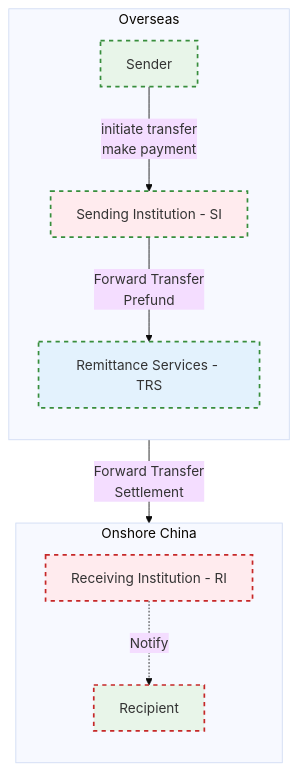
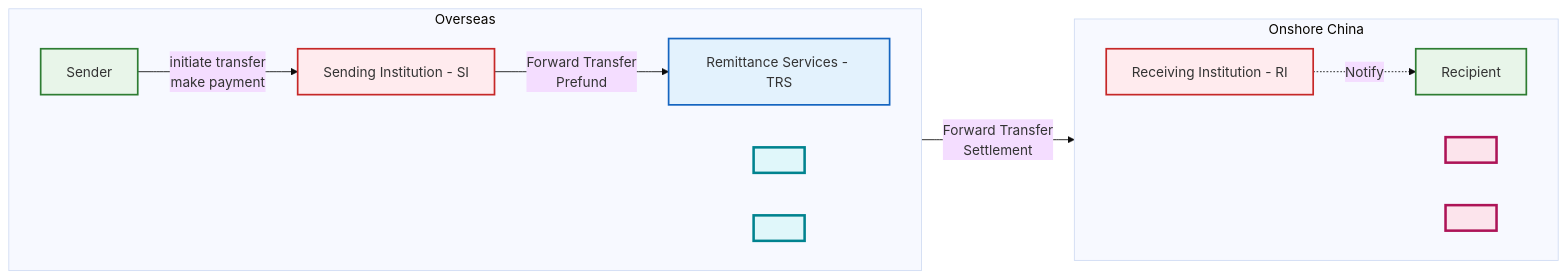
One commit to blaire101/data-warehouse-solutions changed the second of 2 diagrams in README.md. Above: the diagram before and after it, drawn with Mermaid (base theme).

````diff
--- a/README.md
+++ b/README.md
@@ -62,34 +62,42 @@
 ```mermaid
-flowchart TD
+flowchart LR
     %% Style definitions
-    classDef user      fill:#E8F5E9,stroke:#388E3C,stroke-width:1px
-    classDef product   fill:#FFEBEE,stroke:#C62828,stroke-width:1px
-    classDef infra     fill:#E3F2FD,stroke:#1976D2,stroke-width:1px
-    classDef overseas  stroke:#388E3C,stroke-dasharray:5 5,stroke-width:2px
-    classDef domestic  stroke:#C62828,stroke-dasharray:5 5,stroke-width:2px
+    classDef user      fill:#E8F5E9,stroke:#2E7D32,stroke-width:2px
+    classDef product   fill:#FFEBEE,stroke:#C62828,stroke-width:2px
+    classDef infra     fill:#E3F2FD,stroke:#1565C0,stroke-width:2px
 
-    %% Overseas section
-    subgraph Overseas
-        direction TB
-        Sender["Sender"]:::user
-        SI["Sending Institution - SI"]:::product
-        TRS["Remittance Services - TRS"]:::infra
+    classDef boxOverseas fill:#E0F7FA,stroke:#00838F,stroke-width:3px
+    classDef boxDomestic fill:#FCE4EC,stroke:#AD1457,stroke-width:3px
+
+    %% Actual nodes
+    Sender["Sender"]:::user
+    SI["Sending Institution - SI"]:::product
+    TRS["Remittance Services - TRS"]:::infra
+
+    RI["Receiving Institution - RI"]:::product
+    Recipient["Recipient"]:::user
+
+    %% Flow lines
+    Sender -->|initiate transfer <br> make payment| SI
+    SI -->|Forward Transfer <br> Prefund | TRS
+    TRS -->|Forward Transfer <br> Settlement| RI
+    RI -.->| Notify| Recipient
+
+    %% Invisible bounding boxes for region grouping
+    subgraph Overseas [Overseas]
+        direction LR
+        O1[ ]:::boxOverseas
+        Sender
+        SI
+        TRS
+        O2[ ]:::boxOverseas
     end
 
-    %% Onshore China section
     subgraph "Onshore China"
-        direction TB
-        RI["Receiving Institution - RI"]:::product
-        Recipient["Recipient"]:::user
+        direction LR
+        D1[ ]:::boxDomestic
+        RI
+        Recipient
+        D2[ ]:::boxDomestic
     end
-
-    %% Transaction flows
-    Sender -->|initiate transfer <br> make payment| SI
-    SI     -->|Forward Transfer <br> Prefund| TRS
-    TRS    -->|Forward Transfer <br> Settlement| RI
-    RI -.->|Notify| Recipient
-
-    %% Apply region-specific outline styles
-    class Sender,SI,TRS overseas
-    class RI,Recipient domestic
 ```
````
